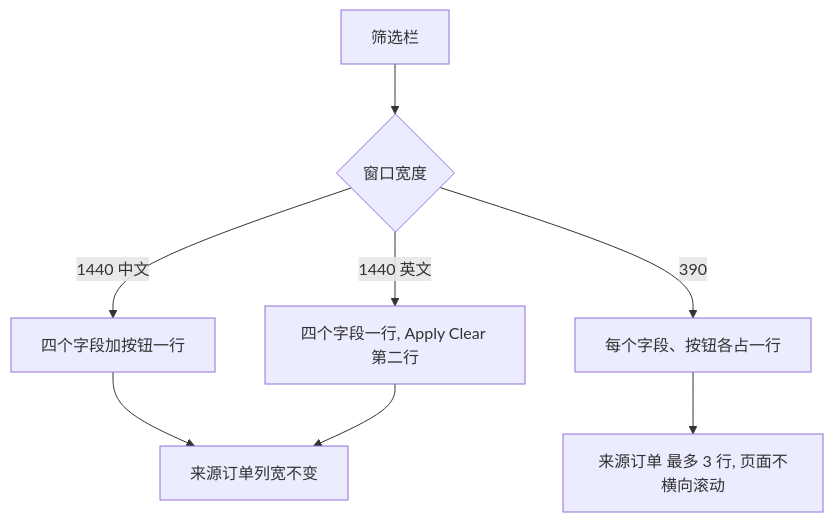
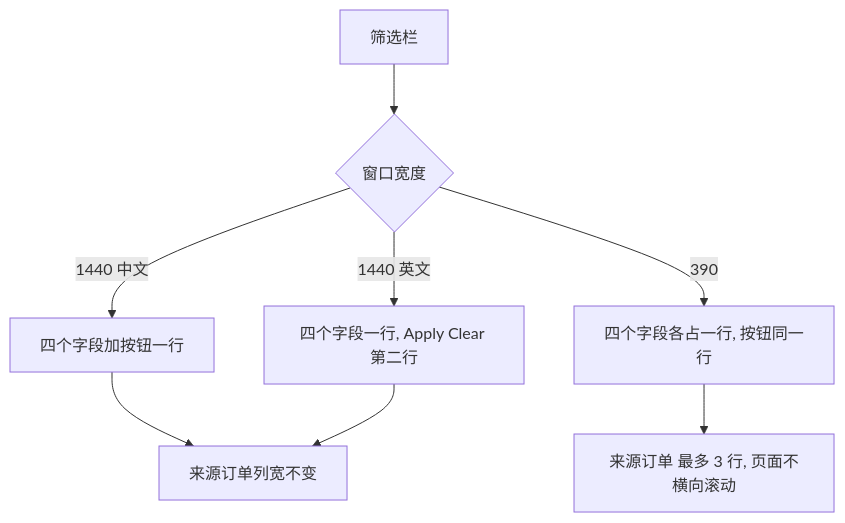
One commit to lingshf/ai-native-erp changed the third of 3 diagrams in docs/flows/invoice-list-filter-flow.md. Above: the diagram before and after it, drawn with Mermaid. The commit also changed other lines of this file and 3 other files, not shown here.

````diff
--- a/docs/flows/invoice-list-filter-flow.md
+++ b/docs/flows/invoice-list-filter-flow.md
@@ -59,10 +61,10 @@
 ```mermaid
 flowchart TD
   A[筛选栏] --> B{窗口宽度}
   B -- 1440 中文 --> C[四个字段加按钮一行]
   B -- 1440 英文 --> D[四个字段一行, Apply Clear 第二行]
-  B -- 390 --> E[每个字段、按钮各占一行]
+  B -- 390 --> E[四个字段各占一行, 按钮同一行]
   C --> F[来源订单列宽不变]
   D --> F
   E --> G[来源订单 最多 3 行, 页面不横向滚动]
 ```
````
